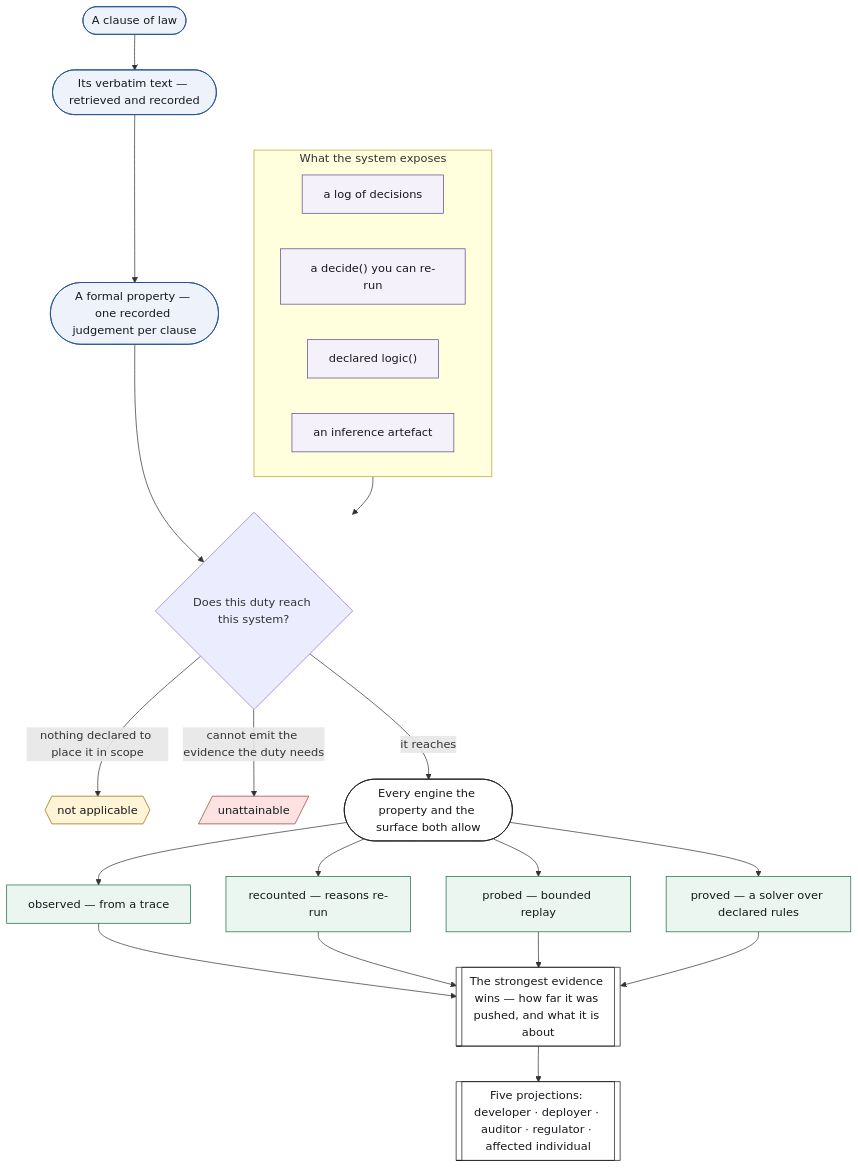
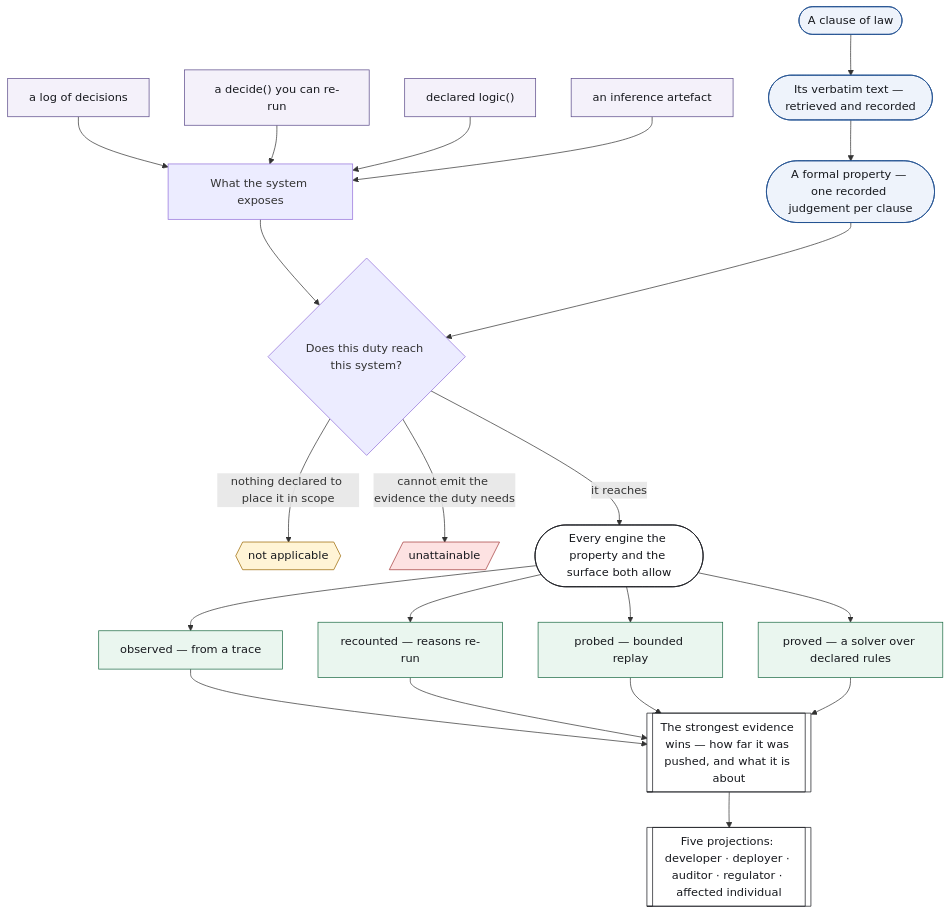
The diagram in README.md (eduardstan/reasonsmith), drawn with Mermaid before and after one commit. The commit also changed 1 other file, not shown here.

Commit message:
fix: fan in exposed surfaces in README diagram

````diff
--- a/README.md
+++ b/README.md
@@ -20,46 +20,44 @@
 ```mermaid
 flowchart TB
     clause(["A clause of law"]) --> quote(["Its verbatim text — retrieved and recorded"])
     quote --> formula(["A formal property — one recorded judgement per clause"])
 
-    subgraph exposed["What the system exposes"]
-        log["a log of decisions"]
-        callable["a decide() you can re-run"]
-        rules["declared logic()"]
-        artefact["an inference artefact"]
-    end
+    log["a log of decisions"] --> exposed
+    callable["a decide() you can re-run"] --> exposed
+    rules["declared logic()"] --> exposed
+    artefact["an inference artefact"] --> exposed
+    exposed["What the system exposes"] --> reach
 
     formula --> reach{"Does this duty reach this system?"}
-    exposed --> reach
 
     reach -->|"nothing declared to place it in scope"| na{{"not applicable"}}
     reach -->|"cannot emit the evidence the duty needs"| un[/"unattainable"/]
     reach -->|"it reaches"| ladder(["Every engine the property and the surface both allow"])
 
     ladder --> observed["observed — from a trace"]
     ladder --> recounted["recounted — reasons re-run"]
     ladder --> probed["probed — bounded replay"]
     ladder --> proved["proved — a solver over declared rules"]
 
     observed --> verdict
     recounted --> verdict
     probed --> verdict
     proved --> verdict
 
     verdict[["The strongest evidence wins — how far it was pushed, and what it is about"]]
     verdict --> five[["Five projections: developer · deployer · auditor · regulator · affected individual"]]
 
     classDef law fill:#eef3fb,stroke:#1f4f8f,color:#16181d
     classDef surface fill:#f4f1fa,stroke:#5b4a8a,color:#16181d
     classDef notapp fill:#fff4d6,stroke:#9a6700,color:#16181d
     classDef unattainable fill:#fde2e2,stroke:#a33a3a,color:#16181d
     classDef rung fill:#eaf6ef,stroke:#1d6b45,color:#16181d
     classDef outcome fill:#ffffff,stroke:#16181d,color:#16181d
 
     class clause,quote,formula law
     class log,callable,rules,artefact surface
     class na notapp
     class un unattainable
     class observed,recounted,probed,proved rung
     class ladder,verdict,five outcome
 ```
````
